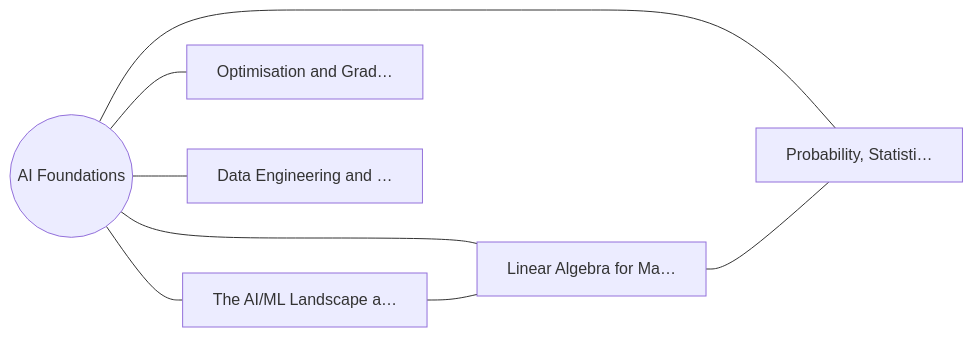
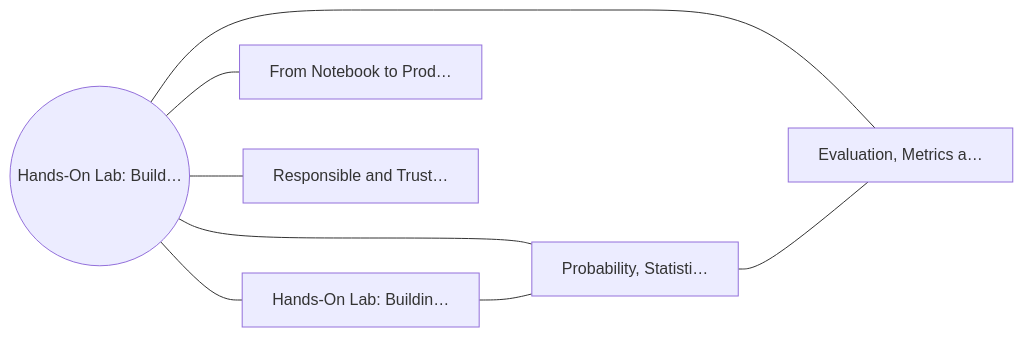
Before and after one commit to ankit05121980/AI-University: the diagram in content/ai-foundations/ai-foundations-foundations/diagrams/fig-021-capability-map.mmd, drawn with Mermaid. The commit also changed 458 other files, not shown here.

First line of the commit message:
Add Diagram Studio (prompt/text -> diagram) and per-chapter diagram context

```diff
--- a/content/ai-foundations/ai-foundations-foundations/diagrams/fig-021-capability-map.mmd
+++ b/content/ai-foundations/ai-foundations-foundations/diagrams/fig-021-capability-map.mmd
@@ -1,9 +1,9 @@
 graph LR
-  D(("AI Foundations"))
-  D --- C0[The AI/ML Landscape a…]
-  D --- C1[Linear Algebra for Ma…]
-  D --- C2[Probability, Statisti…]
-  D --- C3[Optimisation and Grad…]
-  D --- C4[Data Engineering and …]
+  D(("Hands-On Lab: Build…"))
+  D --- C0[Hands-On Lab: Buildin…]
+  D --- C1[Probability, Statisti…]
+  D --- C2[Evaluation, Metrics a…]
+  D --- C3[From Notebook to Prod…]
+  D --- C4[Responsible and Trust…]
   C0 --- C1
   C1 --- C2
```
